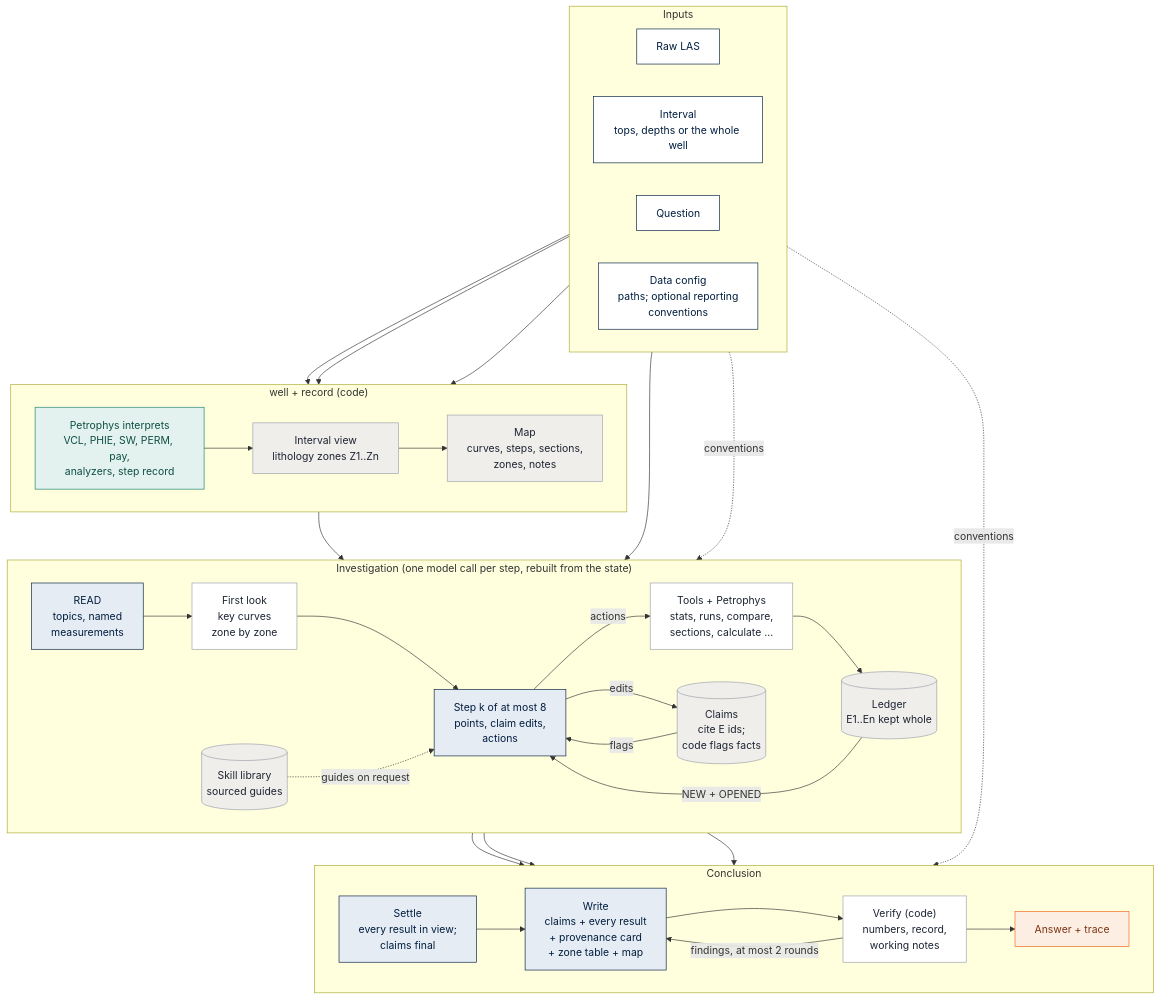
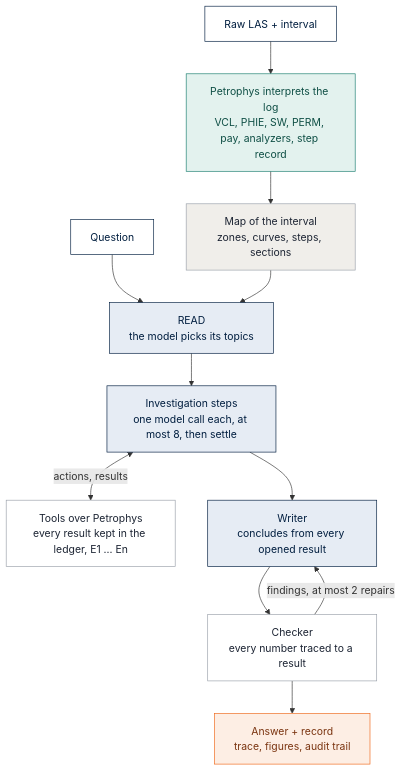
The diagram in docs/ARCHITECTURE.md (sambalshikhar/PetroHarness), drawn with Mermaid before and after one commit. The commit also changed other lines of this file and 279 other files, not shown here.

````diff
--- a/docs/ARCHITECTURE.md
+++ b/docs/ARCHITECTURE.md
@@ -13,64 +7,20 @@
 ```mermaid
 flowchart TB
-    subgraph IN["Inputs"]
-        direction LR
-        las["Raw LAS"]:::input
-        itv["Interval<br/>tops, depths or the whole well"]:::input
-        q["Question"]:::input
-        cfg["Data config<br/>paths; optional reporting<br/>conventions"]:::input
-    end
-
-    subgraph WELL["well + record (code)"]
-        direction LR
-        pp["Petrophys interprets<br/>VCL, PHIE, SW, PERM, pay,<br/>analyzers, step record"]:::petrophys
-        view["Interval view<br/>lithology zones Z1..Zn"]:::record
-        map["Map<br/>curves, steps, sections,<br/>zones, notes"]:::record
-        pp --> view --> map
-    end
-
-    subgraph INV["Investigation (one model call per step, rebuilt from the state)"]
-        direction LR
-        read["READ<br/>topics, named<br/>measurements"]:::model
-        look["First look<br/>key curves<br/>zone by zone"]:::code
-        step["Step k of at most 8<br/>points, claim edits,<br/>actions"]:::model
-        act["Tools + Petrophys<br/>stats, runs, compare,<br/>sections, calculate ..."]:::code
-        led[("Ledger<br/>E1..En kept whole")]:::record
-        cl[("Claims<br/>cite E ids;<br/>code flags facts")]:::record
-        sk[("Skill library<br/>sourced guides")]:::record
-        read --> look --> step
-        step -- "actions" --> act --> led
-        led -- "NEW + OPENED" --> step
-        step -- "edits" --> cl
-        cl -- "flags" --> step
-        sk -. "guides on request" .-> step
-    end
-
-    subgraph OUT["Conclusion"]
-        direction LR
-        settle["Settle<br/>every result in view;<br/>claims final"]:::model
-        write["Write<br/>claims + every result<br/>+ provenance card<br/>+ zone table + map"]:::model
-        verify["Verify (code)<br/>numbers, record,<br/>working notes"]:::code
-        fin["Answer + trace"]:::output
-        settle --> write --> verify
-        verify -- "findings, at most 2 rounds" --> write
-        verify --> fin
-    end
-
-    las --> pp
-    itv --> view
-    cfg --> pp
-    q --> read
-    map --> read
-    led --> settle
-    cl --> settle
-    led --> write
-    cfg -. "conventions" .-> step
-    cfg -. "conventions" .-> write
+    las["Raw LAS + interval"]:::input --> pp["Petrophys interprets the log<br/>VCL, PHIE, SW, PERM, pay, analyzers, step record"]:::petrophys
+    pp --> map["Map of the interval<br/>zones, curves, steps, sections"]:::record
+    q["Question"]:::input --> read
+    map --> read["READ<br/>the model picks its topics"]:::model
+    read --> inv["Investigation steps<br/>one model call each, at most 8, then settle"]:::model
+    inv <-->|"actions, results"| tools["Tools over Petrophys<br/>every result kept in the ledger, E1 … En"]:::code
+    inv --> writer["Writer<br/>concludes from every opened result"]:::model
+    writer --> checker["Checker<br/>every number traced to a result"]:::code
+    checker -->|"findings, at most 2 repairs"| writer
+    checker --> out["Answer + record<br/>trace, figures, audit trail"]:::output
 
     classDef input fill:#ffffff,stroke:#011e3f,color:#011e3f
     classDef petrophys fill:#e3f2ee,stroke:#197e6f,color:#0f4f45
     classDef record fill:#f0eeea,stroke:#9aa0aa,color:#1c2433
     classDef model fill:#e6ecf4,stroke:#011e3f,color:#011e3f
     classDef code fill:#ffffff,stroke:#9aa0aa,color:#1c2433
     classDef output fill:#fdeee4,stroke:#ef6719,color:#7a3410
 ```
````
